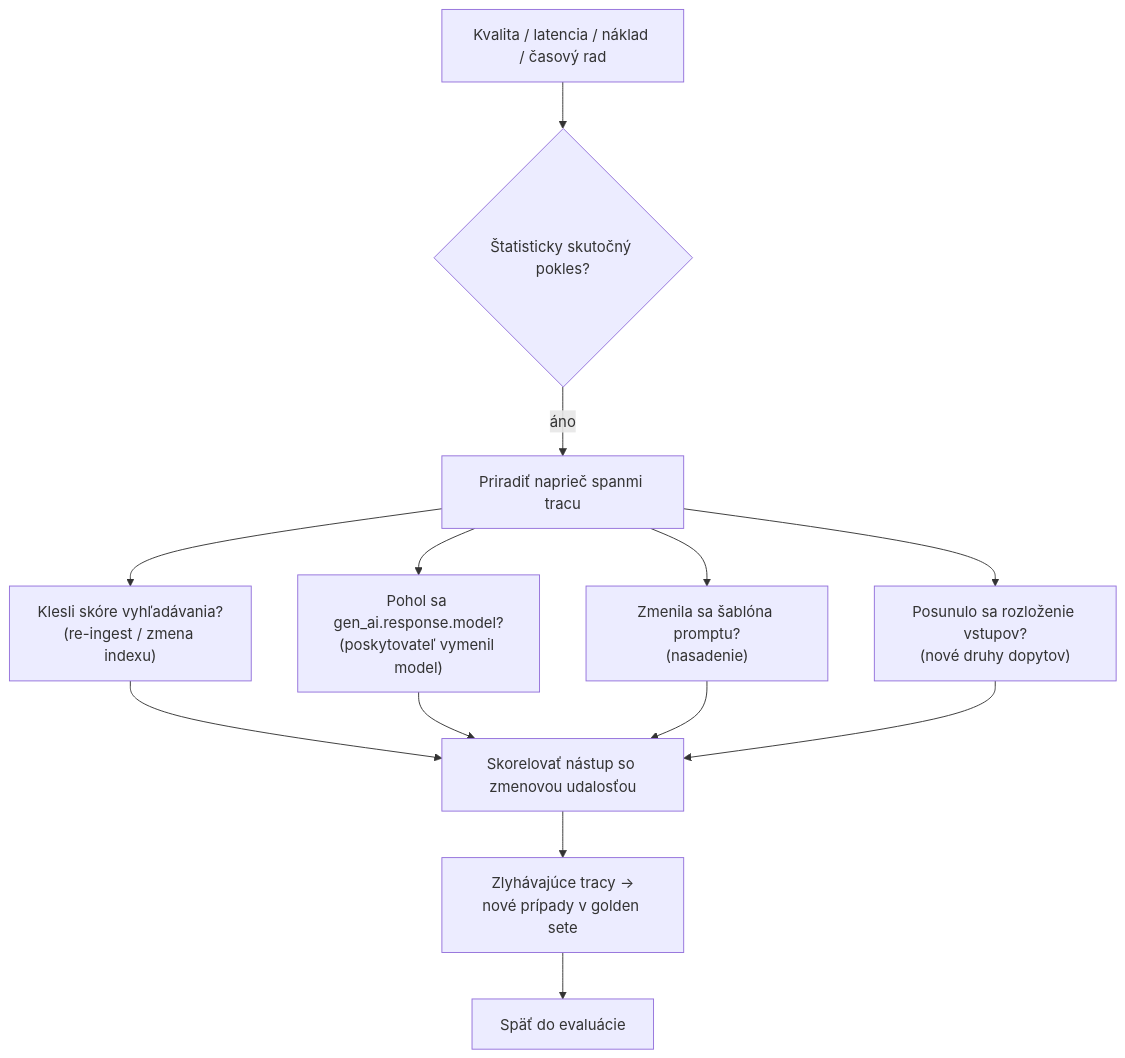
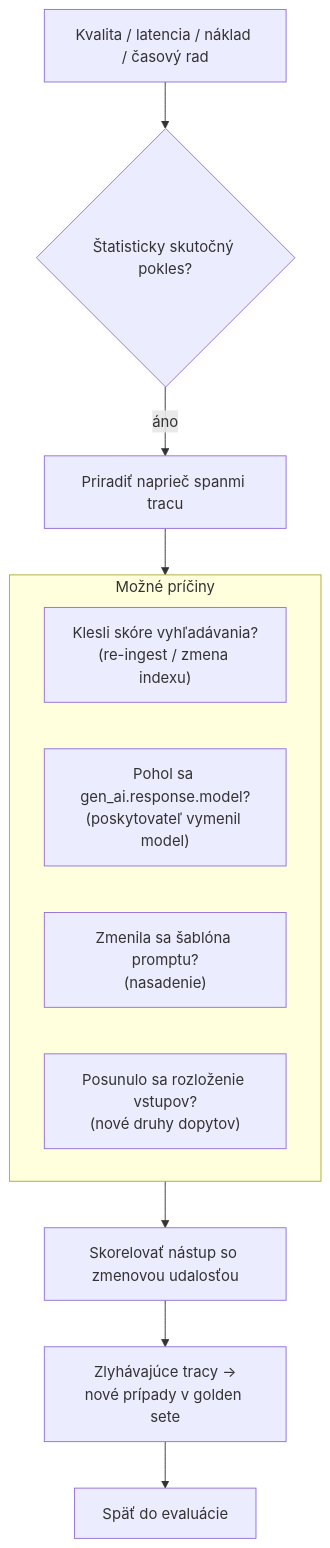
Before and after one commit to NikolaiSachok/ai-engineering-handbook: the second of 2 diagrams in i18n/sk/docusaurus-plugin-content-docs/current/part-1-rag/cross-cutting/observability/deep-dive.md, drawn with Mermaid. The commit also changed 75 other files, not shown here.

First line of the commit message:
fix(diagrams): re-author wide diagrams, and measure the three locales the gate never saw (#441)

````diff
--- a/i18n/sk/docusaurus-plugin-content-docs/current/part-1-rag/cross-cutting/observability/deep-dive.md
+++ b/i18n/sk/docusaurus-plugin-content-docs/current/part-1-rag/cross-cutting/observability/deep-dive.md
@@ -105,15 +105,16 @@
 ```mermaid
 flowchart TB
   M["Kvalita / latencia / náklad / časový rad"] --> DR{"Štatisticky skutočný pokles?"}
   DR -->|"áno"| A["Priradiť naprieč spanmi tracu"]
-  A --> C1["Klesli skóre vyhľadávania?<br/>(re-ingest / zmena indexu)"]
-  A --> C2["Pohol sa gen_ai.response.model?<br/>(poskytovateľ vymenil model)"]
-  A --> C3["Zmenila sa šablóna promptu?<br/>(nasadenie)"]
-  A --> C4["Posunulo sa rozloženie vstupov?<br/>(nové druhy dopytov)"]
-  C1 --> CE["Skorelovať nástup so zmenovou udalosťou"]
-  C2 --> CE
-  C3 --> CE
-  C4 --> CE
+  A --> Causes
+  subgraph Causes["Možné príčiny"]
+    direction LR
+    C1["Klesli skóre vyhľadávania?<br/>(re-ingest / zmena indexu)"]
+    C2["Pohol sa gen_ai.response.model?<br/>(poskytovateľ vymenil model)"]
+    C3["Zmenila sa šablóna promptu?<br/>(nasadenie)"]
+    C4["Posunulo sa rozloženie vstupov?<br/>(nové druhy dopytov)"]
+  end
+  Causes --> CE["Skorelovať nástup so zmenovou udalosťou"]
   CE --> F["Zlyhávajúce tracy →<br/>nové prípady v golden sete"]
   F --> E["Späť do evaluácie"]
 ```
````
